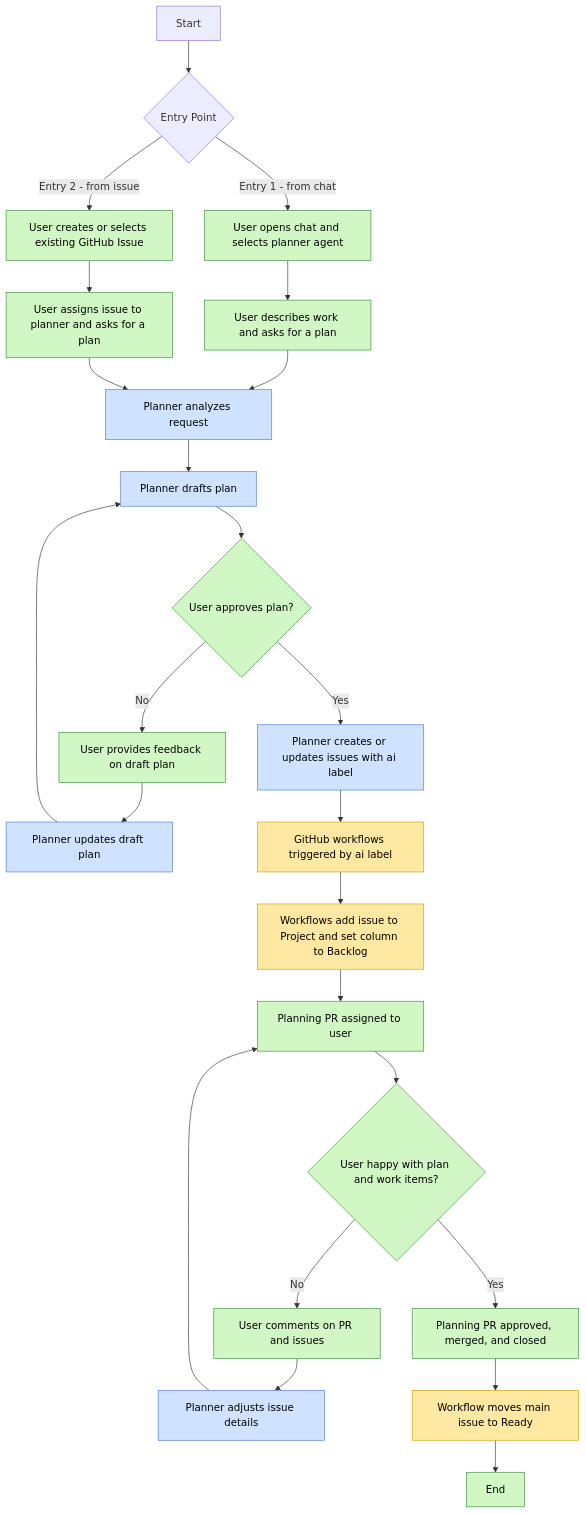
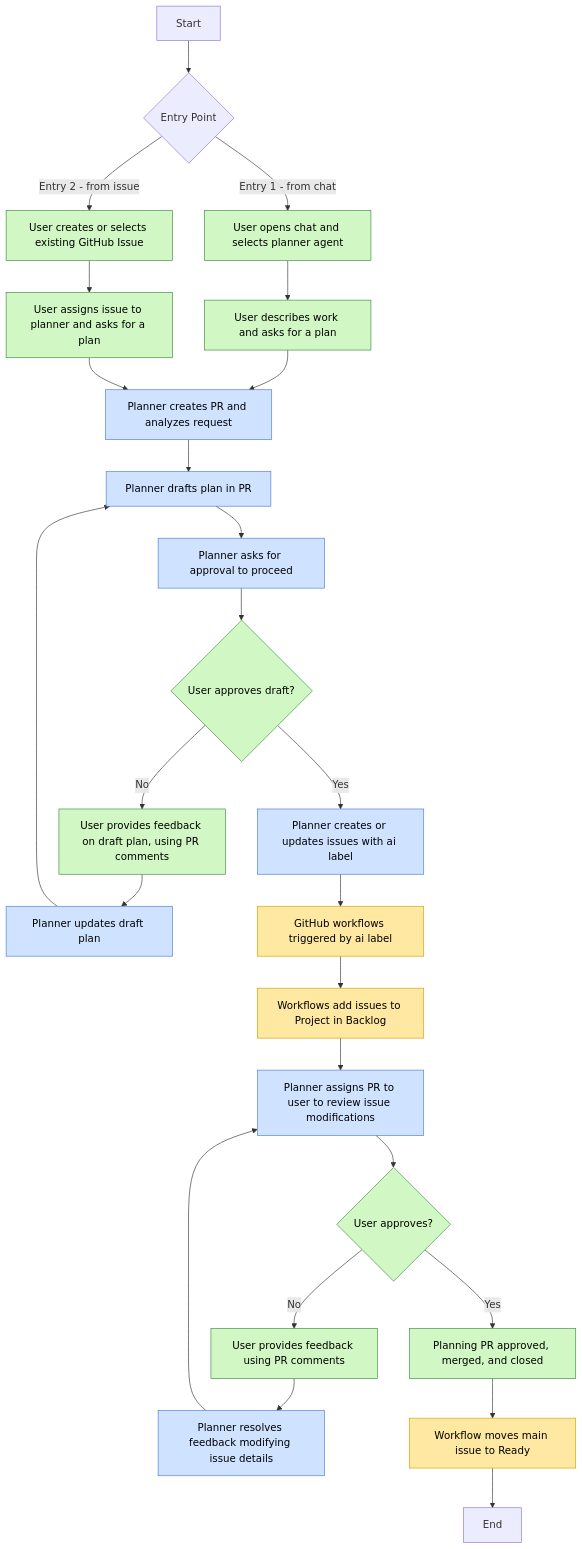
One commit to Dave76/codelantern-ai changed the third of 3 diagrams in workflows/planner.md. Above: the diagram before and after it, drawn with Mermaid. The commit also changed other lines of this file and 1 other file, not shown here.

````diff
--- a/workflows/planner.md
+++ b/workflows/planner.md
@@ -242,5 +233,5 @@
 ```mermaid
-flowchart TD
+flowchart 
 
     %% NODES ---------------------------------------------------------
     A[Start]
@@ -253,23 +244,23 @@
     E[User describes work and asks for a plan]
     F[User assigns issue to planner and asks for a plan]
 
-    G[Planner analyzes request]
-    H[Planner drafts plan]
+    G[Planner creates PR and analyzes request]
+    H[Planner drafts plan in PR]
+    HA[Planner asks for approval to proceed]
 
-    I{User approves plan?}
-    J[User provides feedback on draft plan]
+    I{User approves draft?}
+    J[User provides feedback on draft plan, using PR comments]
     K[Planner updates draft plan]
 
     L[Planner creates or updates issues with ai label]
+    M[GitHub workflows triggered by ai label]
+    N[Workflows add issues to Project in Backlog]
+    O[Planner assigns PR to user to review issue modifications]
 
-    M[GitHub workflows triggered by ai label]
-    N[Workflows add issue to Project and set column to Backlog]
+    P{User approves?}
 
-    O[Planning PR assigned to user]
-    P{User happy with plan and work items?}
-
-    Q[User comments on PR and issues]
-    R[Planner adjusts issue details]
+    Q[User provides feedback using PR comments]
+    R[Planner resolves feedback modifying issue details]
 
     S[Planning PR approved, merged, and closed]
 
@@ -288,7 +279,8 @@
     F --> G
 
     G --> H
-    H --> I
+    H --> HA
+    HA --> I
 
     I -->|No| J
     J --> K
@@ -317,10 +309,10 @@
     classDef automation fill:#ffe8a1,stroke:#d1a000,stroke-width:1px,color:#000;
 
     %% Human nodes
-    class C,E,D,F,I,J,O,P,Q,U,S human;
+    class C,E,D,F,I,J,P,Q,S human;
 
     %% AI agent nodes
-    class G,H,K,L,R ai;
+    class G,H,HA,K,O,L,R ai;
 
     %% Automation nodes
     class M,N,T automation;
````
